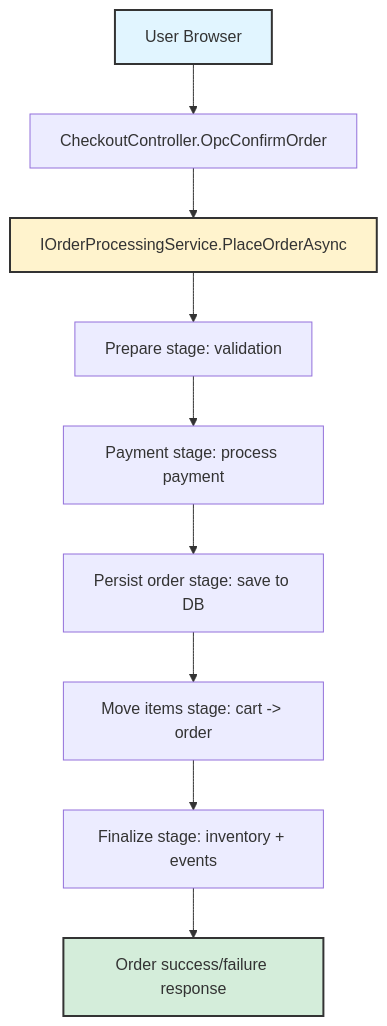
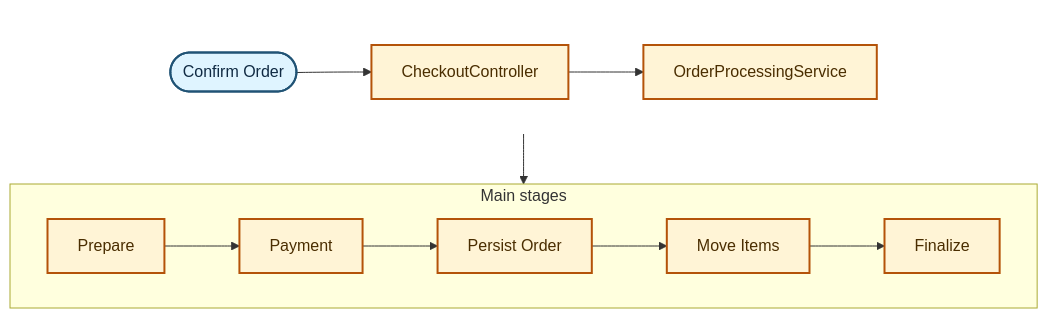
One commit to alof2004/nopCommerce changed the diagram in docs/diagrams/checkout-flow.mmd. Above: the diagram before and after it, drawn with Mermaid. The commit also changed 25 other files, not shown here.

```diff
--- a/docs/diagrams/checkout-flow.mmd
+++ b/docs/diagrams/checkout-flow.mmd
@@ -1,13 +1,31 @@
+%% Mermaid captures the logical structure, but the checked-in SVG/PNG are hand-laid out
+%% for the presentation because Mermaid keeps collapsing this graph into a single lane.
 flowchart TB
-  A["User Browser"] --> B["CheckoutController.OpcConfirmOrder"]
-  B --> C["IOrderProcessingService.PlaceOrderAsync"]
-  C --> D["Prepare stage: validation"]
-  D --> E["Payment stage: process payment"]
-  E --> F["Persist order stage: save to DB"]
-  F --> G["Move items stage: cart -> order"]
-  G --> H["Finalize stage: inventory + events"]
-  H --> I["Order success/failure response"]
+  subgraph T[" "]
+    direction LR
+    A([Confirm Order])
+    B["CheckoutController"]
+    C["OrderProcessingService"]
 
-  style A fill:#e1f5ff,stroke:#333,stroke-width:2px
-  style C fill:#fff3cd,stroke:#333,stroke-width:2px
-  style I fill:#d4edda,stroke:#333,stroke-width:2px
+    A --> B --> C
+  end
+
+  subgraph S["Main stages"]
+    direction LR
+    D[Prepare]
+    E[Payment]
+    F[Persist Order]
+    G[Move Items]
+    H[Finalize]
+
+    D --> E --> F --> G --> H
+  end
+
+  C --> D
+
+  classDef entry fill:#dff4ff,stroke:#205375,stroke-width:2px,color:#102a43;
+  classDef file fill:#fff4d6,stroke:#b45309,stroke-width:2px,color:#4a2d00;
+  style T fill:none,stroke:none;
+
+  class A entry;
+  class B,C,D,E,F,G,H file;
```
